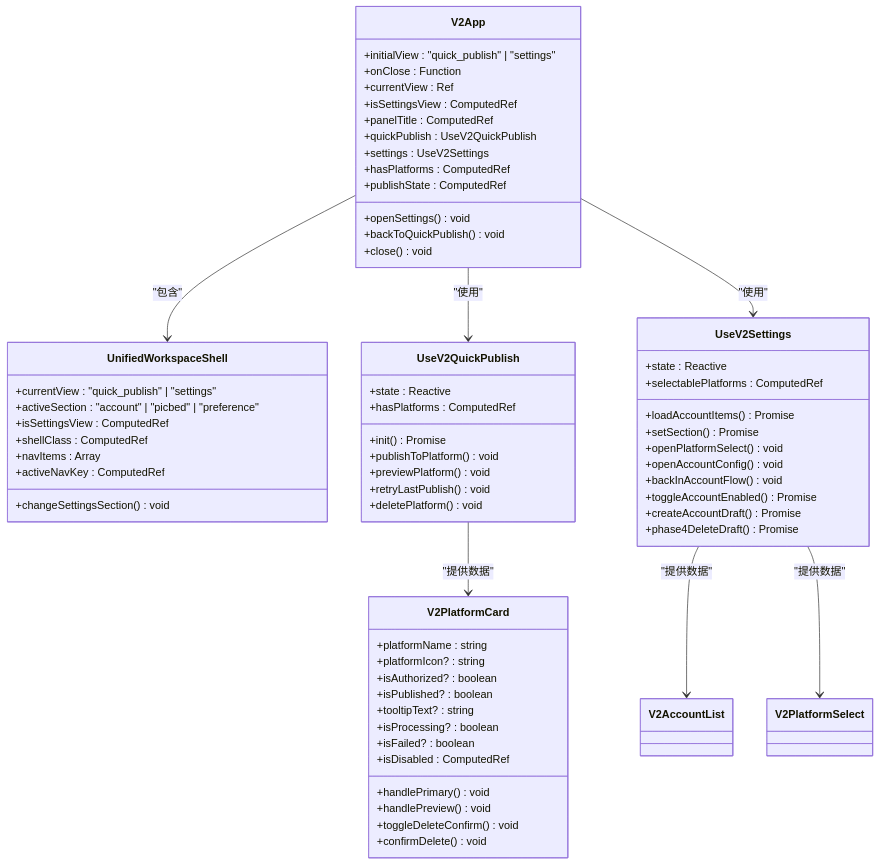
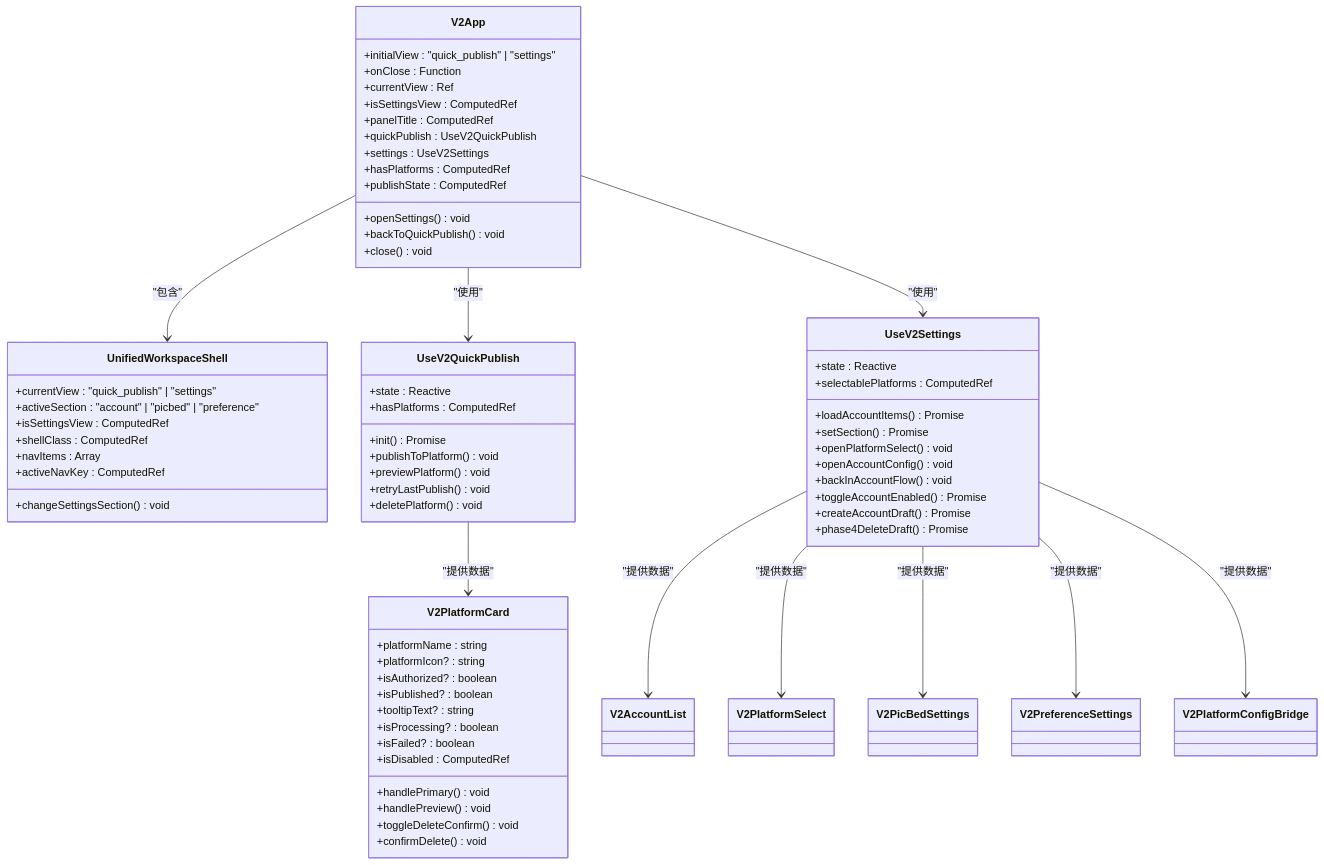
Before and after one commit to terwer/siyuan-plugin-publisher: the second of 5 diagrams in .qoder/repowiki/zh/content/用户界面组件/UI V2 里程碑进度.md, drawn with Mermaid. The commit also changed other lines of this file and 27 other files, not shown here.

First line of the commit message:
feat(commonblog): add common blog setting component for platform config

````diff
--- a/.qoder/repowiki/zh/content/用户界面组件/UI V2 里程碑进度.md
+++ b/.qoder/repowiki/zh/content/用户界面组件/UI V2 里程碑进度.md
@@ -109,67 +119,70 @@
 ```mermaid
 classDiagram
 class V2App {
 +initialView : "quick_publish" | "settings"
 +onClose : Function
 +currentView : Ref
 +isSettingsView : ComputedRef
 +panelTitle : ComputedRef
 +quickPublish : UseV2QuickPublish
 +settings : UseV2Settings
 +hasPlatforms : ComputedRef
 +publishState : ComputedRef
 +openSettings() void
 +backToQuickPublish() void
 +close() void
 }
 class UnifiedWorkspaceShell {
 +currentView : "quick_publish" | "settings"
 +activeSection : "account" | "picbed" | "preference"
 +isSettingsView : ComputedRef
 +shellClass : ComputedRef
 +navItems : Array
 +activeNavKey : ComputedRef
 +changeSettingsSection() void
 }
 class V2PlatformCard {
 +platformName : string
 +platformIcon? : string
 +isAuthorized? : boolean
 +isPublished? : boolean
 +tooltipText? : string
 +isProcessing? : boolean
 +isFailed? : boolean
 +isDisabled : ComputedRef
 +handlePrimary() void
 +handlePreview() void
 +toggleDeleteConfirm() void
 +confirmDelete() void
 }
 class UseV2QuickPublish {
 +state : Reactive
 +hasPlatforms : ComputedRef
 +init() Promise
 +publishToPlatform() void
 +previewPlatform() void
 +retryLastPublish() void
 +deletePlatform() void
 }
 class UseV2Settings {
 +state : Reactive
 +selectablePlatforms : ComputedRef
 +loadAccountItems() Promise
 +setSection() Promise
 +openPlatformSelect() void
 +openAccountConfig() void
 +backInAccountFlow() void
 +toggleAccountEnabled() Promise
 +createAccountDraft() Promise
 +phase4DeleteDraft() Promise
 }
 V2App --> UnifiedWorkspaceShell : "包含"
 V2App --> UseV2QuickPublish : "使用"
 V2App --> UseV2Settings : "使用"
 UseV2QuickPublish --> V2PlatformCard : "提供数据"
 UseV2Settings --> V2AccountList : "提供数据"
 UseV2Settings --> V2PlatformSelect : "提供数据"
+UseV2Settings --> V2PicBedSettings : "提供数据"
+UseV2Settings --> V2PreferenceSettings : "提供数据"
+UseV2Settings --> V2PlatformConfigBridge : "提供数据"
 ```
````
